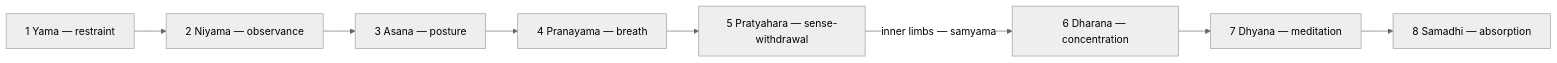
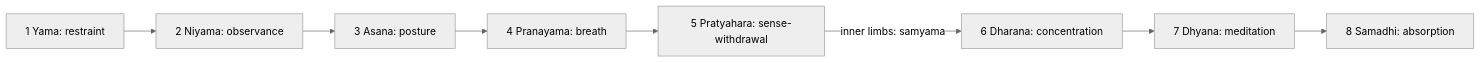
The diagram in data/knowledge/spirituality/yoga/eight-limbs-of-yoga/index.md (kennethreitz/kennethreitz.org), drawn with Mermaid (neutral theme) before and after one commit. The commit also changed other lines of this file and 879 other files, not shown here.

````diff
--- a/data/knowledge/spirituality/yoga/eight-limbs-of-yoga/index.md
+++ b/data/knowledge/spirituality/yoga/eight-limbs-of-yoga/index.md
@@ -36,14 +36,14 @@
 ```mermaid
 flowchart LR
-    Y["1 Yama — restraint"]
-    N["2 Niyama — observance"]
-    A["3 Asana — posture"]
-    P["4 Pranayama — breath"]
-    Pr["5 Pratyahara — sense-withdrawal"]
-    Dh["6 Dharana — concentration"]
-    Dhy["7 Dhyana — meditation"]
-    S["8 Samadhi — absorption"]
+    Y["1 Yama: restraint"]
+    N["2 Niyama: observance"]
+    A["3 Asana: posture"]
+    P["4 Pranayama: breath"]
+    Pr["5 Pratyahara: sense-withdrawal"]
+    Dh["6 Dharana: concentration"]
+    Dhy["7 Dhyana: meditation"]
+    S["8 Samadhi: absorption"]
     Y --> N --> A --> P --> Pr
-    Pr -->|"inner limbs — samyama"| Dh
+    Pr -->|"inner limbs: samyama"| Dh
     Dh --> Dhy --> S
 ```
````
